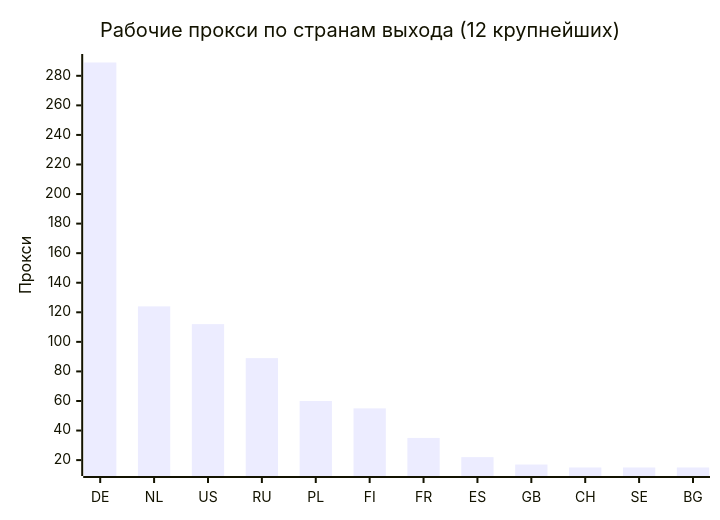
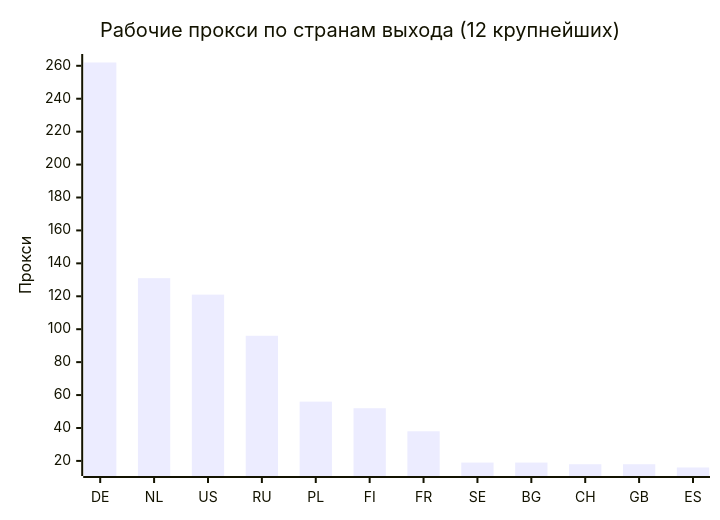
One commit to rvvg/proxy-subs changed the second of 4 diagrams in README.md. Above: the diagram before and after it, drawn with Mermaid. The commit also changed other lines of this file and 49 other files, not shown here.

````diff
--- a/README.md
+++ b/README.md
@@ -130,7 +128,7 @@
 ```mermaid
 xychart-beta
     title "Рабочие прокси по странам выхода (12 крупнейших)"
-    x-axis ["DE", "NL", "US", "RU", "PL", "FI", "FR", "ES", "GB", "CH", "SE", "BG"]
+    x-axis ["DE", "NL", "US", "RU", "PL", "FI", "FR", "SE", "BG", "CH", "GB", "ES"]
     y-axis "Прокси"
-    bar [289, 124, 112, 89, 60, 55, 35, 22, 17, 15, 15, 15]
+    bar [262, 131, 121, 96, 56, 52, 38, 19, 19, 18, 18, 16]
 ```
````
